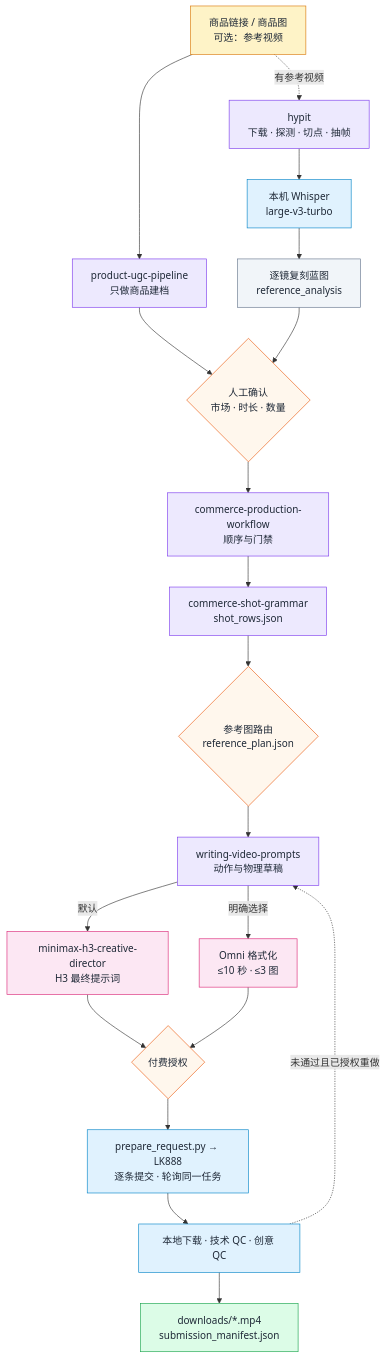
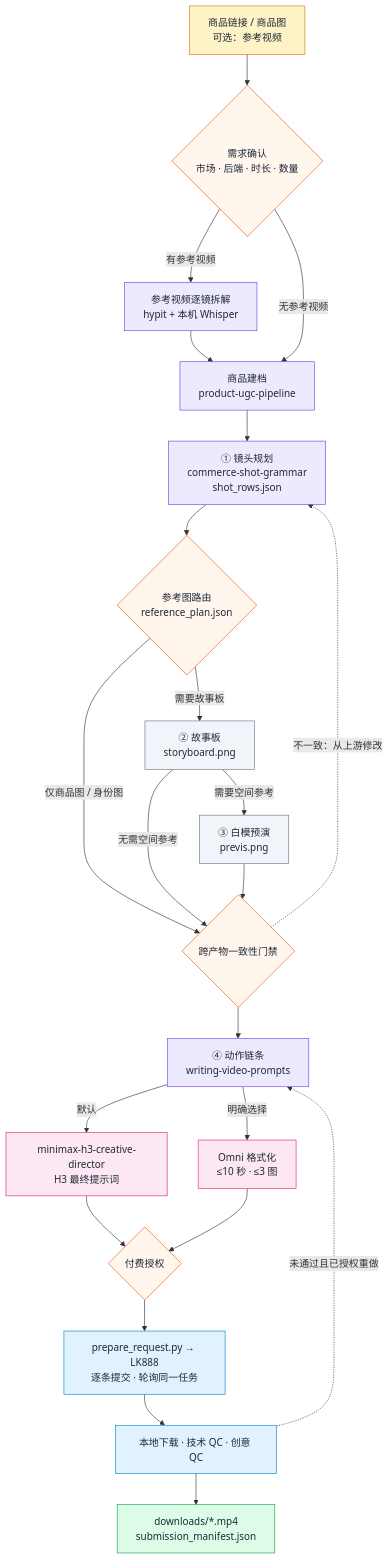
Before and after one commit to peipeijiang/ad-muse: the diagram in README.md, drawn with Mermaid. The commit also changed other lines of this file and 3 other files, not shown here.

````diff
--- a/README.md
+++ b/README.md
@@ -37,37 +90,42 @@
 ```mermaid
 flowchart TD
   IN["商品链接 / 商品图<br/>可选：参考视频"]:::input
-  PUP["product-ugc-pipeline<br/>只做商品建档"]:::skill
-  HY["hypit<br/>下载 · 探测 · 切点 · 抽帧"]:::skill
-  ASR["本机 Whisper<br/>large-v3-turbo"]:::tool
-  BP["逐镜复刻蓝图<br/>reference_analysis"]:::artifact
-  G1{"人工确认<br/>市场 · 时长 · 数量"}:::gate
-  CPW["commerce-production-workflow<br/>顺序与门禁"]:::skill
-  CSG["commerce-shot-grammar<br/>shot_rows.json"]:::skill
+  G1{"需求确认<br/>市场 · 后端 · 时长 · 数量"}:::gate
+  HY["参考视频逐镜拆解<br/>hypit + 本机 Whisper"]:::skill
+  PUP["商品建档<br/>product-ugc-pipeline"]:::skill
+  CSG["① 镜头规划<br/>commerce-shot-grammar<br/>shot_rows.json"]:::skill
   RT{"参考图路由<br/>reference_plan.json"}:::gate
-  WVP["writing-video-prompts<br/>动作与物理草稿"]:::skill
+  SB["② 故事板<br/>storyboard.png"]:::artifact
+  PV["③ 白模预演<br/>previs.png"]:::artifact
+  XQC{"跨产物一致性门禁"}:::gate
+  WVP["④ 动作链条<br/>writing-video-prompts"]:::skill
   H3D["minimax-h3-creative-director<br/>H3 最终提示词"]:::model
   OMF["Omni 格式化<br/>≤10 秒 · ≤3 图"]:::model
   G2{"付费授权"}:::gate
   SUB["prepare_request.py → LK888<br/>逐条提交 · 轮询同一任务"]:::tool
   QC["本地下载 · 技术 QC · 创意 QC"]:::tool
   OUT["downloads/*.mp4<br/>submission_manifest.json"]:::output
 
-  IN --> PUP
-  IN -.有参考视频.-> HY --> ASR --> BP
-  PUP --> G1
-  BP --> G1
-  G1 --> CPW --> CSG --> RT --> WVP
+  IN --> G1
+  G1 -->|有参考视频| HY --> PUP
+  G1 -->|无参考视频| PUP
+  PUP --> CSG --> RT
+  RT -->|仅商品图 / 身份图| XQC
+  RT -->|需要故事板| SB
+  SB -->|无需空间参考| XQC
+  SB -->|需要空间参考| PV --> XQC
+  XQC -.不一致：从上游修改.-> CSG
+  XQC --> WVP
   WVP -->|默认| H3D --> G2
   WVP -->|明确选择| OMF --> G2
   G2 --> SUB --> QC --> OUT
   QC -.未通过且已授权重做.-> WVP
 
   classDef input fill:#fef3c7,stroke:#d97706,color:#1f2937
   classDef skill fill:#ede9fe,stroke:#7c3aed,color:#1f2937
   classDef tool fill:#e0f2fe,stroke:#0284c7,color:#1f2937
   classDef model fill:#fce7f3,stroke:#db2777,color:#1f2937
   classDef gate fill:#fff7ed,stroke:#ea580c,color:#1f2937
   classDef artifact fill:#f1f5f9,stroke:#64748b,color:#1f2937
   classDef output fill:#dcfce7,stroke:#16a34a,color:#1f2937
 ```
````
